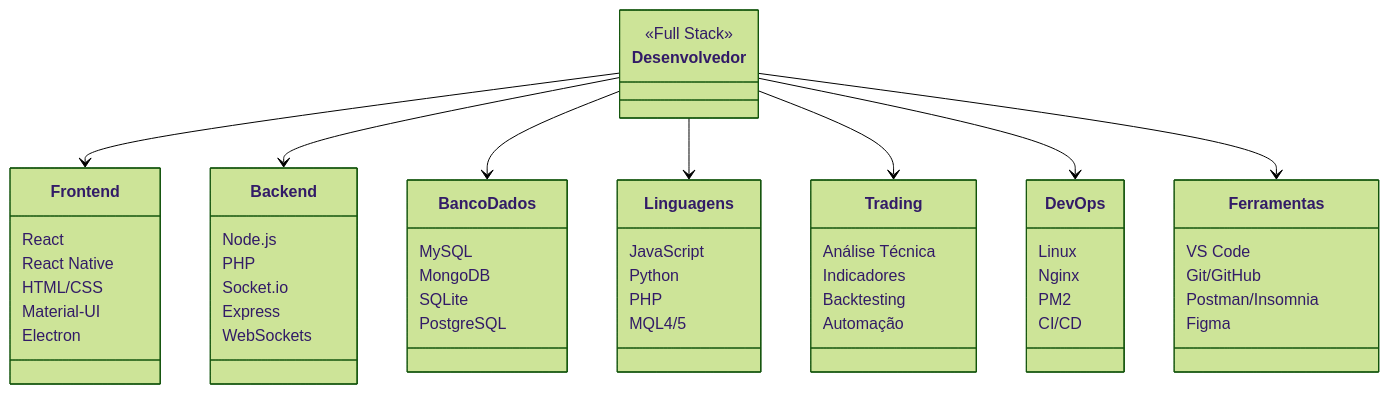
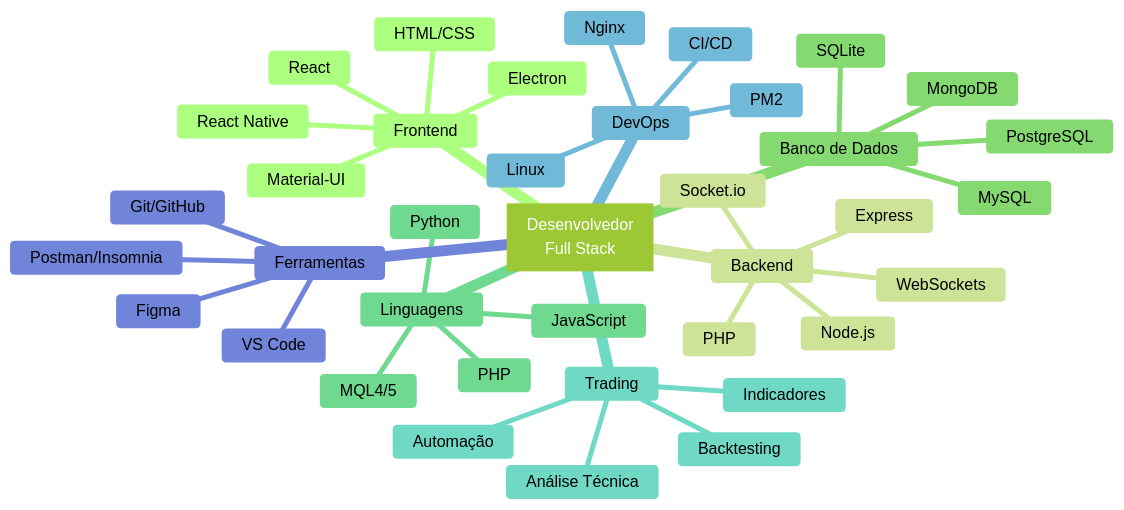
The first of 4 diagrams in README.md (AlesonPungirum/AlesonPungirum), drawn with Mermaid (forest theme) before and after one commit.

````diff
--- a/README.md
+++ b/README.md
@@ -38,65 +38,41 @@
 ```mermaid
-classDiagram
-    class Desenvolvedor {
-        <<Full Stack>>
-    }
-    
-    class Frontend {
-        React
-        React Native
-        HTML/CSS
-        Material-UI
-        Electron
-    }
-    
-    class Backend {
-        Node.js
-        PHP
-        Socket.io
-        Express
-        WebSockets
-    }
-    
-    class BancoDados {
-        MySQL
-        MongoDB
-        SQLite
-        PostgreSQL
-    }
-    
-    class Linguagens {
-        JavaScript
-        Python
-        PHP
-        MQL4/5
-    }
-    
-    class Trading {
-        Análise Técnica
-        Indicadores
-        Backtesting
-        Automação
-    }
-    
-    class DevOps {
-        Linux
-        Nginx
-        PM2
-        CI/CD
-    }
-    
-    class Ferramentas {
-        VS Code
-        Git/GitHub
-        Postman/Insomnia
-        Figma
-    }
-    
-    Desenvolvedor --> Frontend
-    Desenvolvedor --> Backend
-    Desenvolvedor --> BancoDados
-    Desenvolvedor --> Linguagens
-    Desenvolvedor --> Trading
-    Desenvolvedor --> DevOps
-    Desenvolvedor --> Ferramentas
+mindmap
+  root["Desenvolvedor<br/>Full Stack"]
+    Frontend
+      React
+      React Native
+      HTML/CSS
+      Material-UI
+      Electron
+    Backend
+      Node.js
+      PHP
+      Socket.io
+      Express
+      WebSockets
+    Banco de Dados
+      MySQL
+      MongoDB
+      SQLite
+      PostgreSQL
+    Linguagens
+      JavaScript
+      Python
+      PHP
+      MQL4/5
+    Trading
+      Análise Técnica
+      Indicadores
+      Backtesting
+      Automação
+    DevOps
+      Linux
+      Nginx
+      PM2
+      CI/CD
+    Ferramentas
+      VS Code
+      Git/GitHub
+      Postman/Insomnia
+      Figma
 ```
````
